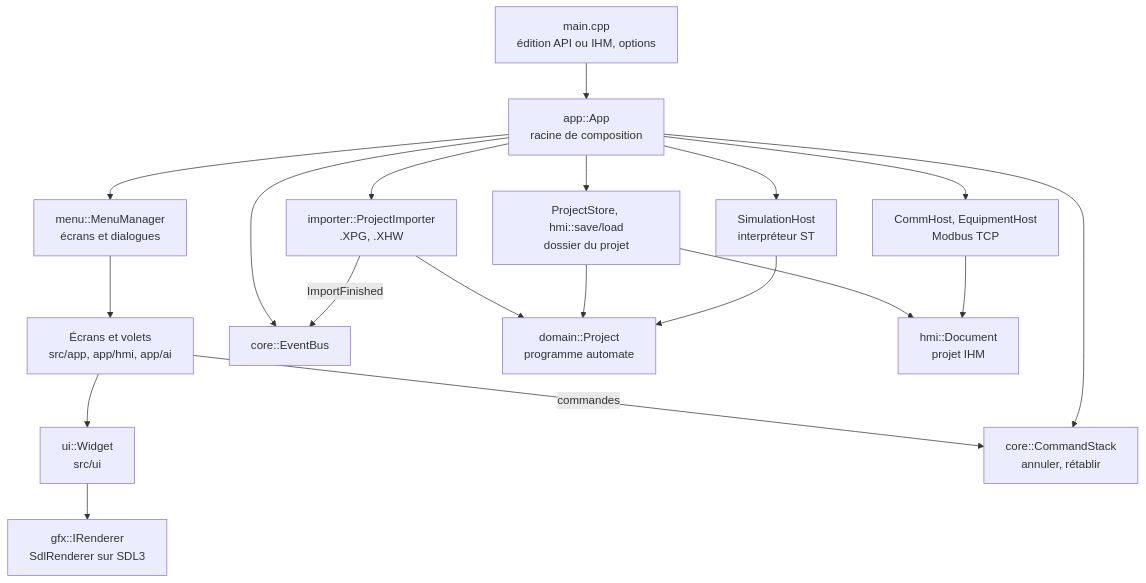
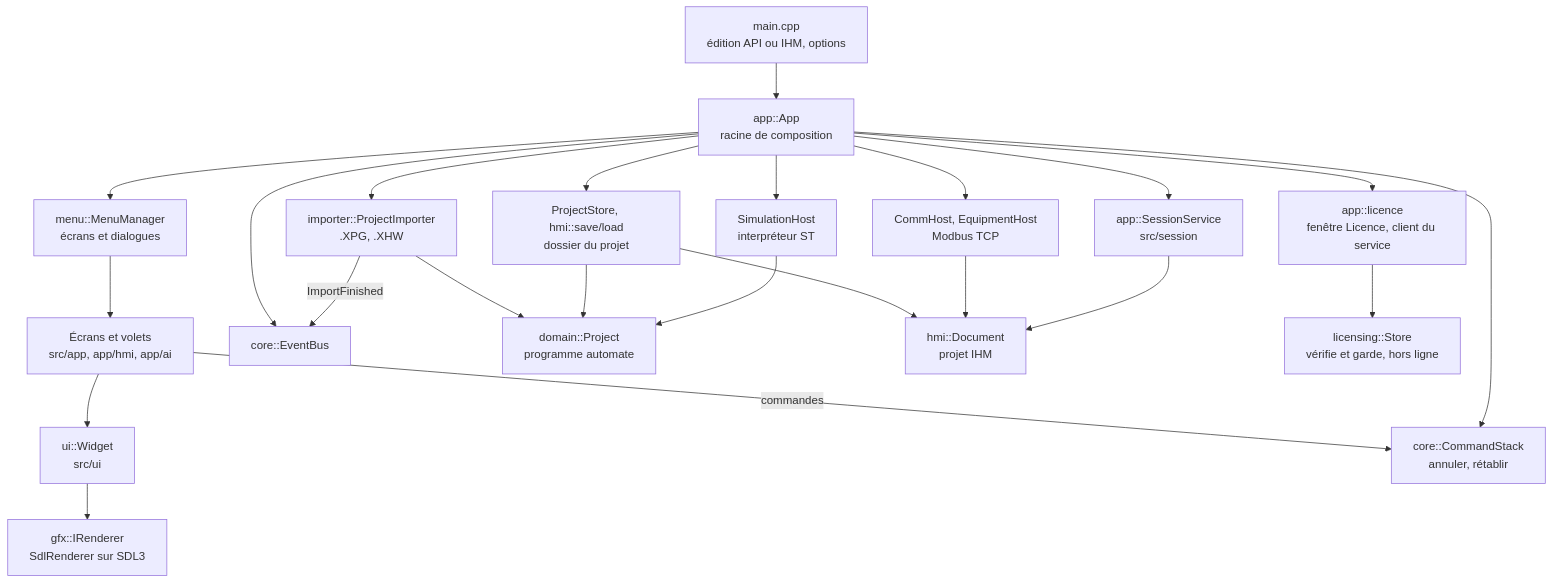
The first of 2 diagrams in README.md (quentinboucher192-beep/XPGAnalyser), drawn with Mermaid before and after one commit. The commit also changed other lines of this file and 14 other files, not shown here.

````diff
--- a/README.md
+++ b/README.md
@@ -192,35 +269,42 @@
 ```mermaid
 flowchart TD
     main["main.cpp<br/>édition API ou IHM, options"]
     app["app::App<br/>racine de composition"]
     menus["menu::MenuManager<br/>écrans et dialogues"]
     screens["Écrans et volets<br/>src/app, app/hmi, app/ai"]
     widgets["ui::Widget<br/>src/ui"]
     renderer["gfx::IRenderer<br/>SdlRenderer sur SDL3"]
     cmds["core::CommandStack<br/>annuler, rétablir"]
     bus["core::EventBus"]
     importer["importer::ProjectImporter<br/>.XPG, .XHW"]
     store["ProjectStore, hmi::save/load<br/>dossier du projet"]
     dom["domain::Project<br/>programme automate"]
     hdoc["hmi::Document<br/>projet IHM"]
     sim["SimulationHost<br/>interpréteur ST"]
     comm["CommHost, EquipmentHost<br/>Modbus TCP"]
+    lic["app::licence<br/>fenêtre Licence, client du service"]
+    licstore["licensing::Store<br/>vérifie et garde, hors ligne"]
+    sess["app::SessionService<br/>src/session"]
     main --> app
     app --> menus
     menus --> screens
     screens --> widgets
     widgets --> renderer
     screens -->|"commandes"| cmds
     app --> cmds
     app --> bus
     app --> importer
     importer -->|"ImportFinished"| bus
     importer --> dom
     app --> store
     store --> dom
     store --> hdoc
     app --> sim
     sim --> dom
     app --> comm
     comm --> hdoc
+    app --> lic
+    lic --> licstore
+    app --> sess
+    sess --> hdoc
 ```
````
